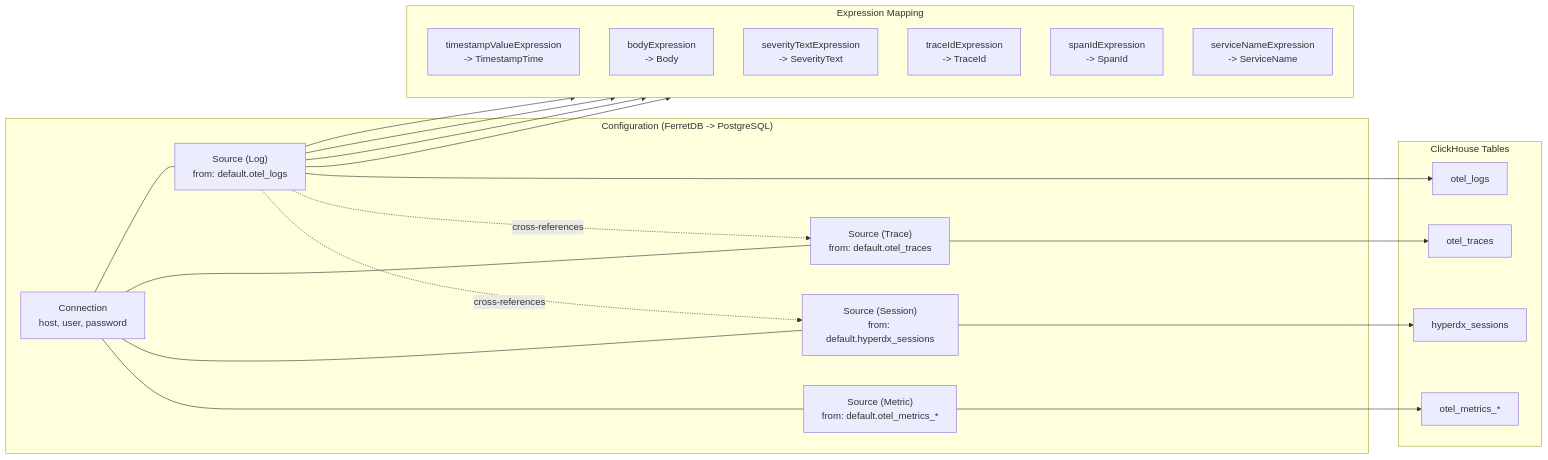
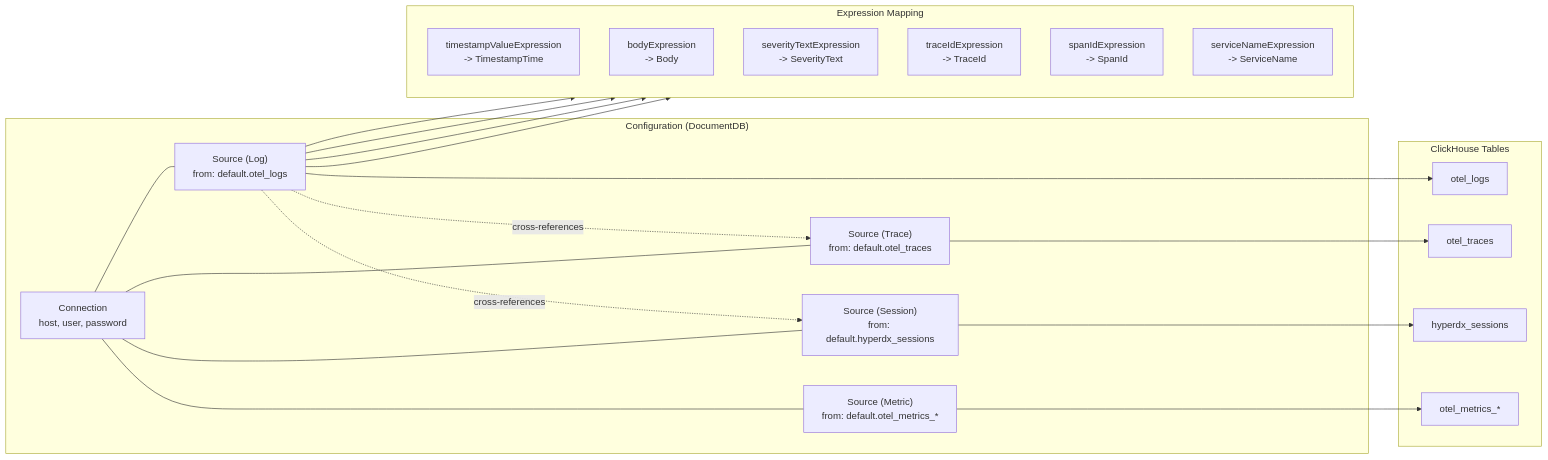
One commit to hyperi-io/dfe-hyperdx changed the first of 2 diagrams in docs/architecture/clickhouse-data-model.md. Above: the diagram before and after it, drawn with Mermaid. The commit also changed 15 other files, not shown here.

````diff
--- a/docs/architecture/clickhouse-data-model.md
+++ b/docs/architecture/clickhouse-data-model.md
@@ -12,37 +12,37 @@
 ```mermaid
 flowchart LR
-    subgraph Configuration_FerretDB_PostgreSQL["Configuration (FerretDB -> PostgreSQL)"]
+    subgraph Configuration_DocumentDB["Configuration (DocumentDB)"]
         CONN["Connection<br/>host, user, password"]
         SRC_LOG["Source (Log)<br/>from: default.otel_logs"]
         SRC_TRACE["Source (Trace)<br/>from: default.otel_traces"]
         SRC_SESSION["Source (Session)<br/>from: default.hyperdx_sessions"]
         SRC_METRIC["Source (Metric)<br/>from: default.otel_metrics_*"]
     end
 
     subgraph Expression_Mapping["Expression Mapping"]
         direction TB
         TS["timestampValueExpression<br/>-> TimestampTime"]
         BODY["bodyExpression<br/>-> Body"]
         SEV["severityTextExpression<br/>-> SeverityText"]
         TID["traceIdExpression<br/>-> TraceId"]
         SID["spanIdExpression<br/>-> SpanId"]
         SVC["serviceNameExpression<br/>-> ServiceName"]
     end
 
     subgraph ClickHouse_Tables["ClickHouse Tables"]
         T1["otel_logs"]
         T2["otel_traces"]
         T3["hyperdx_sessions"]
         T4["otel_metrics_*"]
     end
 
     CONN --- SRC_LOG & SRC_TRACE & SRC_SESSION & SRC_METRIC
     SRC_LOG --> TS & BODY & SEV & TID
     SRC_LOG --> T1
     SRC_TRACE --> T2
     SRC_SESSION --> T3
     SRC_METRIC --> T4
 
     SRC_LOG -.->|cross-references| SRC_TRACE
     SRC_LOG -.->|cross-references| SRC_SESSION
 ```
````
